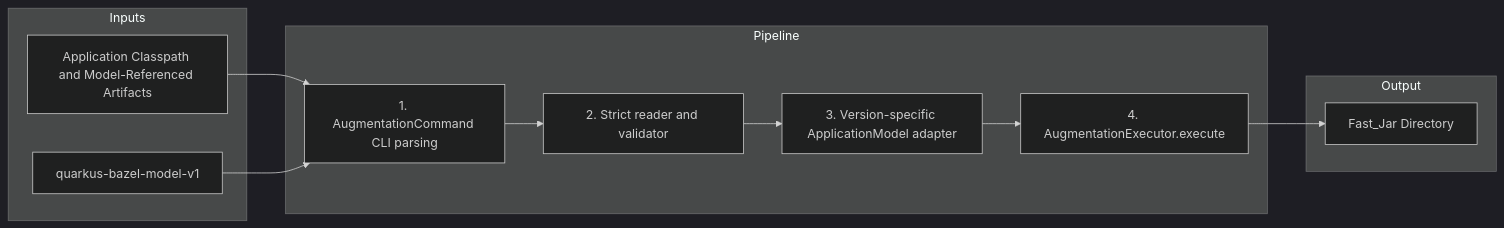
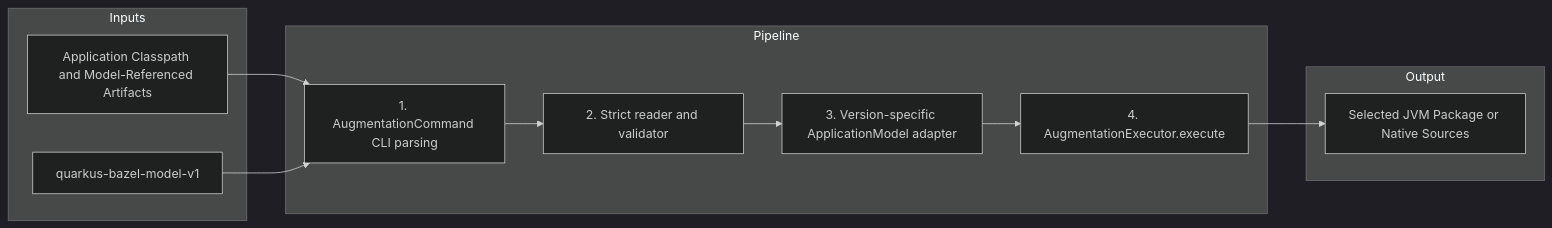
One commit to clementguillot/rules_quarkus changed the diagram in docs/quarkifier.md. Above: the diagram before and after it, drawn with Mermaid (dark theme). The commit also changed other lines of this file and 27 other files, not shown here.

````diff
--- a/docs/quarkifier.md
+++ b/docs/quarkifier.md
@@ -176,25 +180,25 @@
 ```mermaid
 graph LR
     subgraph Inputs
         MODEL[quarkus-bazel-model-v1]
         AC[Application Classpath and Model-Referenced Artifacts]
     end
 
     subgraph Pipeline
         PARSE[1. AugmentationCommand CLI parsing]
         READ[2. Strict reader and validator]
         ADAPT[3. Version-specific ApplicationModel adapter]
         EXEC[4. AugmentationExecutor.execute]
     end
 
     subgraph Output
-        FJ[Fast_Jar Directory]
+        FJ[Selected JVM Package or Native Sources]
     end
 
     AC --> PARSE
     MODEL --> PARSE
     PARSE --> READ
     READ --> ADAPT
     ADAPT --> EXEC
     EXEC --> FJ
 ```
````
